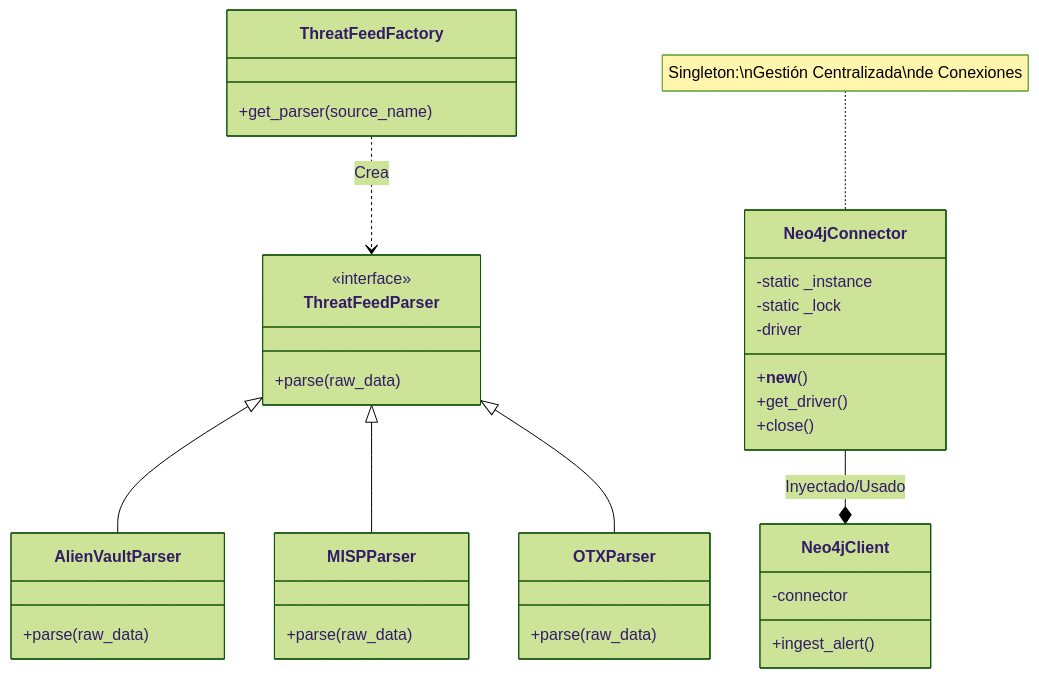
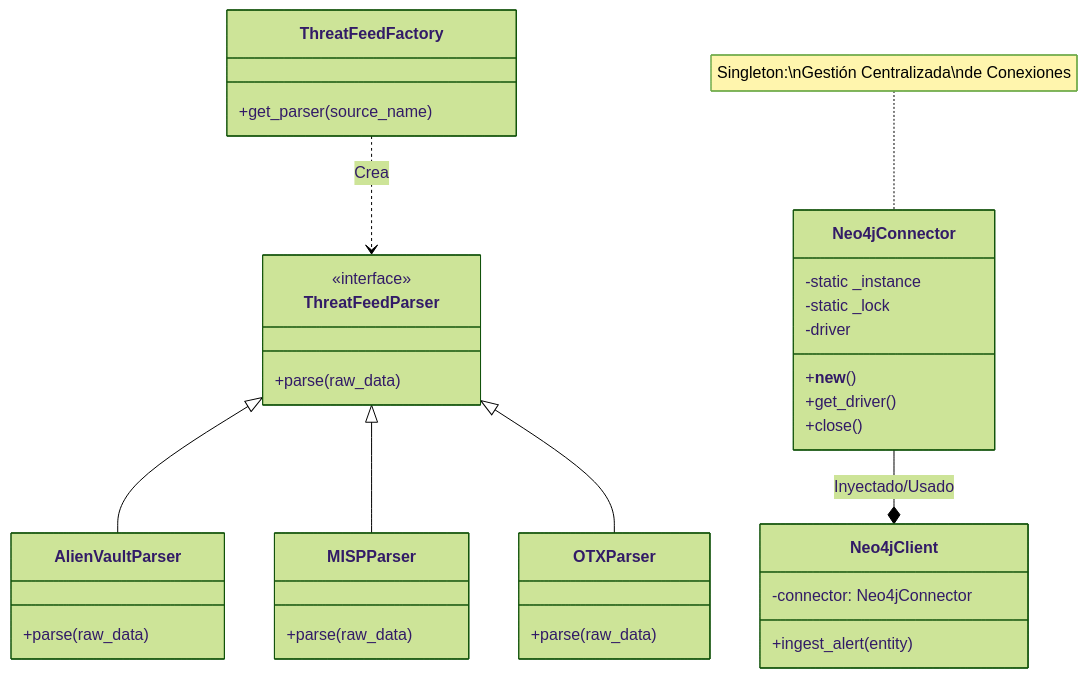
One commit to George230297/Prophet changed the third of 3 diagrams in README.md. Above: the diagram before and after it, drawn with Mermaid (forest theme). The commit also changed other lines of this file and 4 other files, not shown here.

````diff
--- a/README.md
+++ b/README.md
@@ -62,45 +149,45 @@
 ```mermaid
 classDiagram
     %% Singleton Pattern
     class Neo4jConnector {
         -static _instance
         -static _lock
         -driver
         +__new__()
         +get_driver()
         +close()
     }
     note for Neo4jConnector "Singleton:\nGestión Centralizada\nde Conexiones"
 
     %% Dependency Injection
     class Neo4jClient {
-        -connector
-        +ingest_alert()
+        -connector: Neo4jConnector
+        +ingest_alert(entity)
     }
     Neo4jConnector --* Neo4jClient : Inyectado/Usado
 
     %% Factory Method Pattern
     class ThreatFeedFactory {
         +get_parser(source_name)
     }
 
     class ThreatFeedParser {
         <<interface>>
         +parse(raw_data)
     }
 
     class AlienVaultParser {
         +parse(raw_data)
     }
     class MISPParser {
         +parse(raw_data)
     }
     class OTXParser {
         +parse(raw_data)
     }
 
     ThreatFeedFactory ..> ThreatFeedParser : Crea
     ThreatFeedParser <|-- AlienVaultParser
     ThreatFeedParser <|-- MISPParser
     ThreatFeedParser <|-- OTXParser
 ```
````
